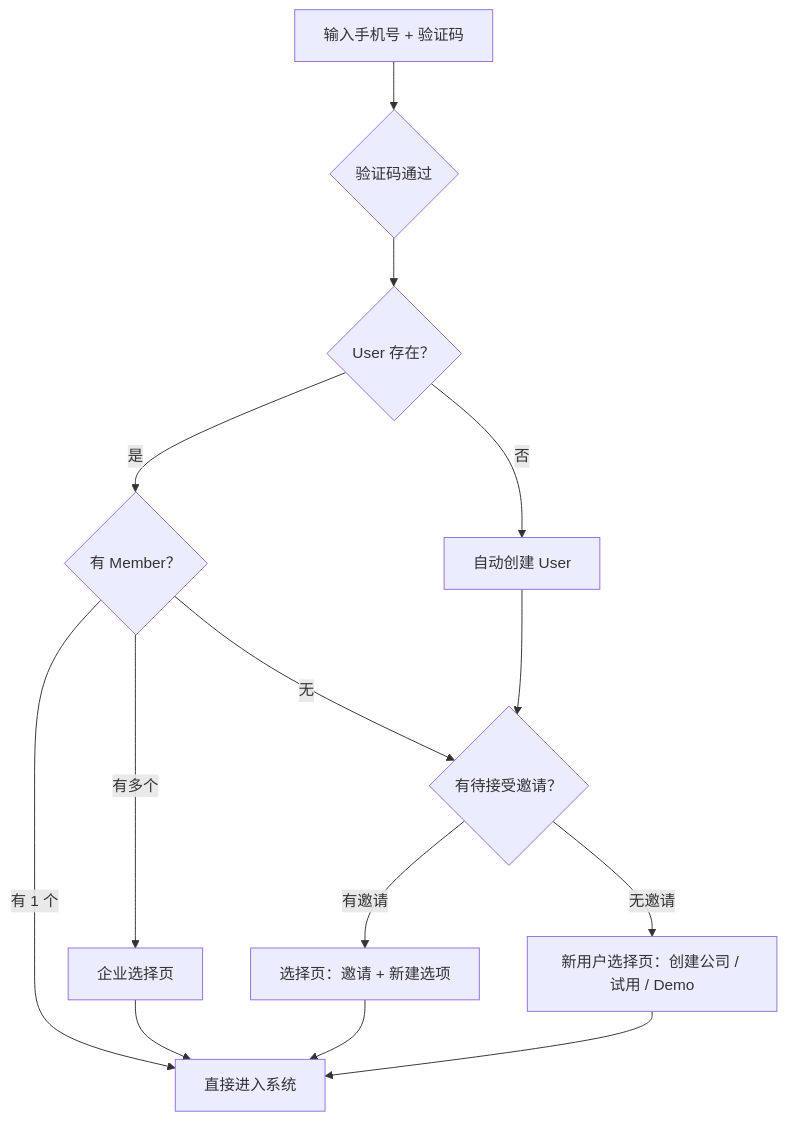
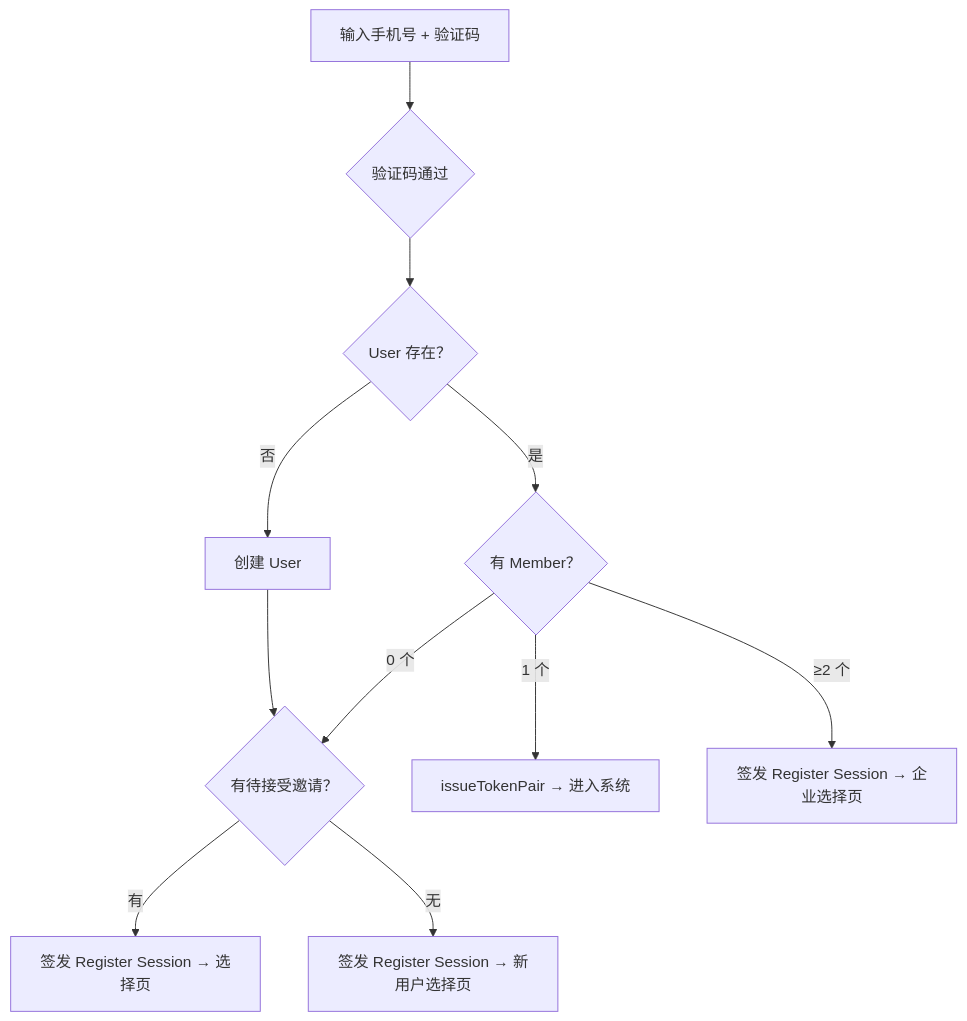
The first of 2 diagrams in docs/saas/登录注册方案设计.md (quyip8818/mytokenjoy), drawn with Mermaid before and after one commit. The commit also changed other lines of this file and 5 other files, not shown here.

````diff
--- a/docs/saas/登录注册方案设计.md
+++ b/docs/saas/登录注册方案设计.md
@@ -42,16 +39,13 @@
 ```mermaid
 flowchart TD
     A[输入手机号 + 验证码] --> B{验证码通过}
     B --> C{User 存在？}
+    C -->|否| E[创建 User]
     C -->|是| D{有 Member？}
-    C -->|否| E[自动创建 User]
     E --> F{有待接受邀请？}
-    D -->|有 1 个| G[直接进入系统]
-    D -->|有多个| H[企业选择页]
-    D -->|无| F
-    F -->|有邀请| I[选择页：邀请 + 新建选项]
-    F -->|无邀请| J[新用户选择页：创建公司 / 试用 / Demo]
-    H --> G
-    I --> G
-    J --> G
+    D -->|1 个| G[issueTokenPair → 进入系统]
+    D -->|≥2 个| H[签发 Register Session → 企业选择页]
+    D -->|0 个| F
+    F -->|有| I[签发 Register Session → 选择页]
+    F -->|无| J[签发 Register Session → 新用户选择页]
 ```
````
